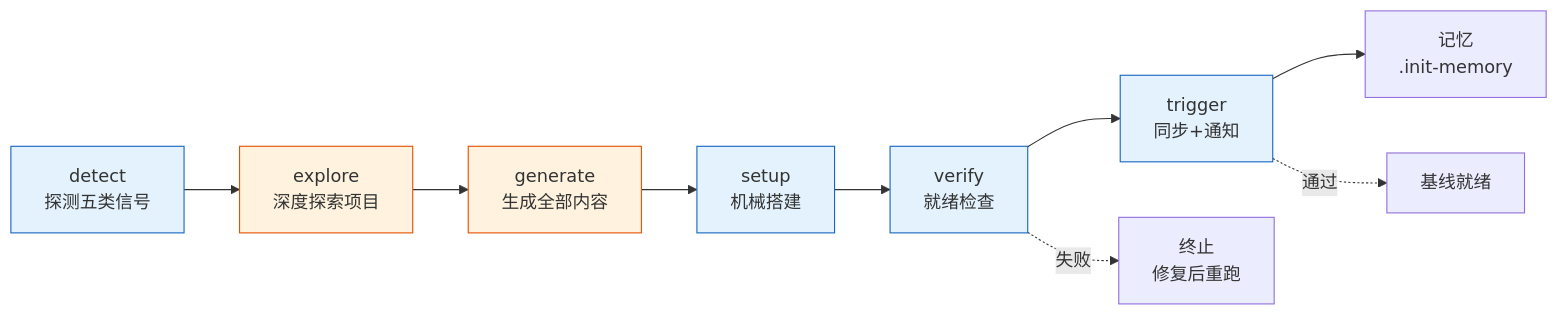
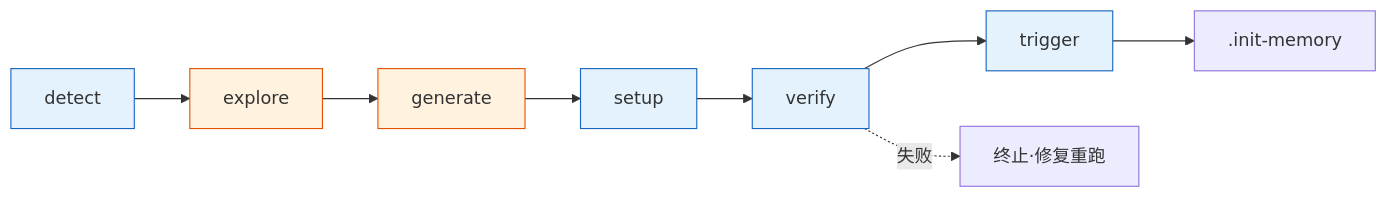
Before and after one commit to effiy/YrY: the third of 10 diagrams in skills/rui/SKILL.md, drawn with Mermaid. The commit also changed other lines of this file and 1 other file, not shown here.

````diff
--- a/skills/rui/SKILL.md
+++ b/skills/rui/SKILL.md
@@ -103,8 +121,7 @@
 ```mermaid
 flowchart LR
-    P1[detect<br/>探测五类信号]:::s --> P2[explore<br/>深度探索项目]:::llm --> P3[generate<br/>生成全部内容]:::llm --> P4[setup<br/>机械搭建]:::s --> P5[verify<br/>就绪检查]:::s --> P6[trigger<br/>同步+通知]:::s --> P7[记忆<br/>.init-memory]
-    P5 -.失败.-> Fix[终止<br/>修复后重跑]
-    P6 -.通过.-> Ready[基线就绪]
+    P1[detect]:::s --> P2[explore]:::llm --> P3[generate]:::llm --> P4[setup]:::s --> P5[verify]:::s --> P6[trigger]:::s --> P7[.init-memory]
+    P5 -.失败.-> Fix[终止·修复重跑]
     classDef s fill:#e3f2fd,stroke:#1565c0;
     classDef llm fill:#fff3e0,stroke:#e65100;
 ```
````
